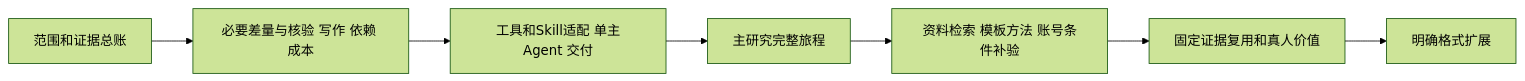
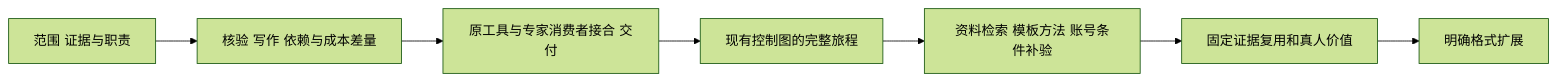
One commit to wblxr408/Agentic-Deep-Research-System changed the diagram in docs/IMPLEMENTATION_PLAN.md. Above: the diagram before and after it, drawn with Mermaid (forest theme). The commit also changed other lines of this file and 12 other files, not shown here.

Commit message:
docs: prioritize existing-architecture simplification [skip ci]

````diff
--- a/docs/IMPLEMENTATION_PLAN.md
+++ b/docs/IMPLEMENTATION_PLAN.md
@@ -212,9 +259,9 @@
 ```mermaid
 flowchart LR
-    S0[范围和证据总账] --> S1[必要差量与核验 写作 依赖 成本]
-    S1 --> S2[工具和Skill适配 单主Agent 交付]
-    S2 --> Q1[主研究完整旅程]
+    S0[范围 证据与职责] --> S1[核验 写作 依赖与成本差量]
+    S1 --> S2[原工具与专家消费者接合 交付]
+    S2 --> Q1[现有控制图的完整旅程]
     Q1 --> Q234[资料检索 模板方法 账号条件补验]
     Q234 --> Q56[固定证据复用和真人价值]
     Q56 --> N[明确格式扩展]
 ```
````
